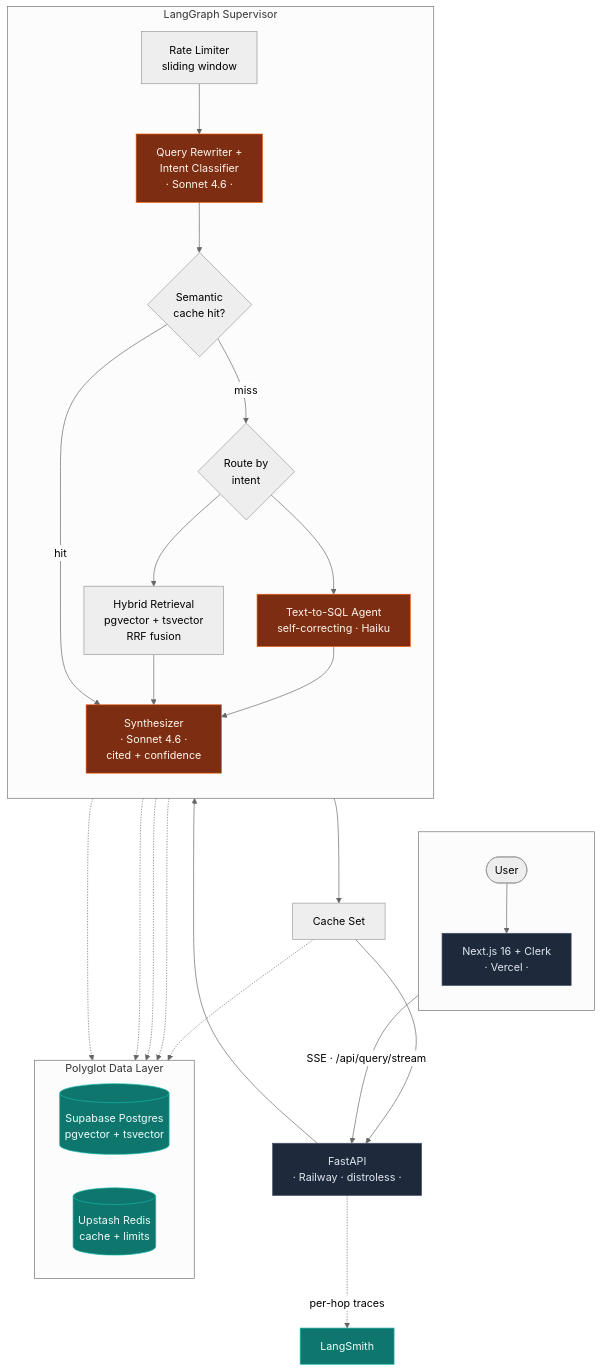
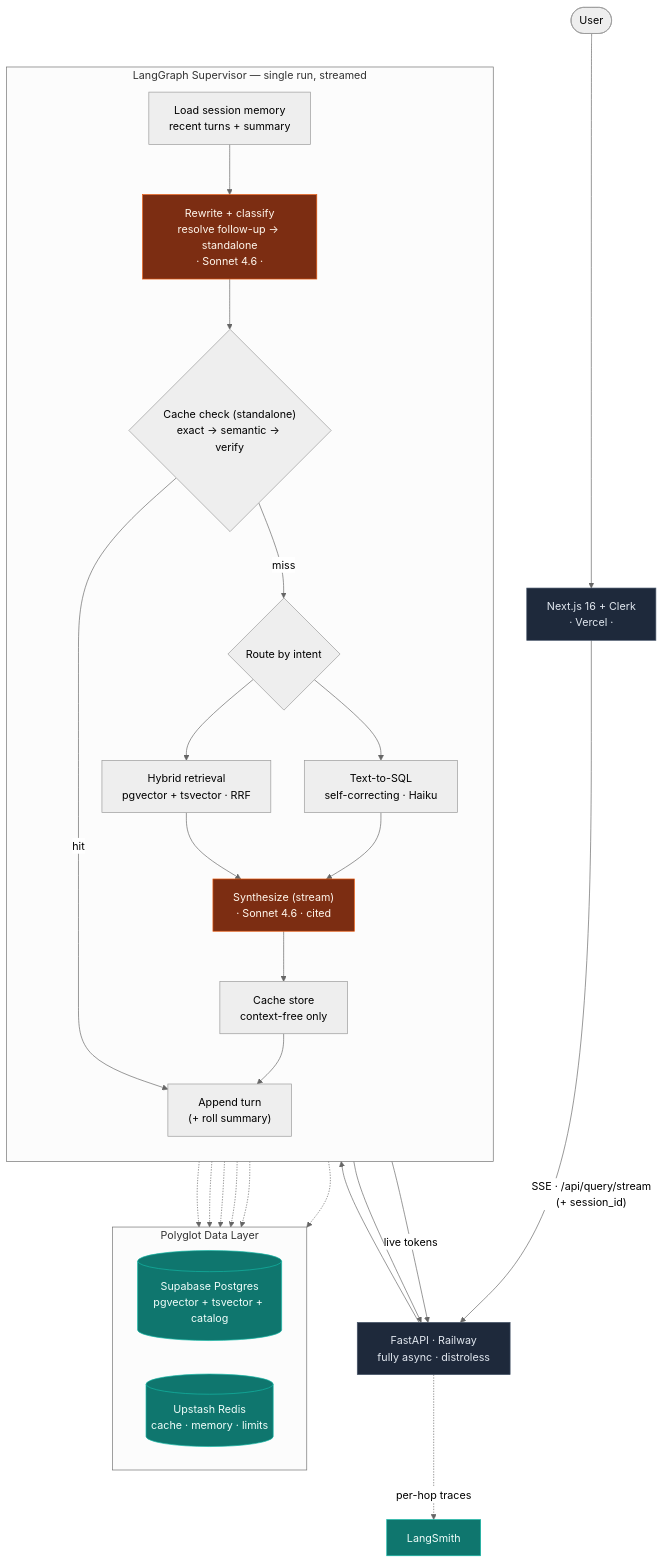
The first of 3 diagrams in README.md (maharanasunil1843/harness-engineering-rag), drawn with Mermaid (neutral theme) before and after one commit. The commit also changed other lines of this file and 4 other files, not shown here.

````diff
--- a/README.md
+++ b/README.md
@@ -67,47 +68,47 @@
 ```mermaid
 flowchart TB
-    subgraph client [" "]
+    U([User]) --> FE["Next.js 16 + Clerk<br/>· Vercel ·"]
+    FE -->|"SSE · /api/query/stream<br/>(+ session_id)"| API["FastAPI · Railway<br/>fully async · distroless"]
+
+    subgraph orch ["LangGraph Supervisor — single run, streamed"]
         direction TB
-        U([User]) --> FE["Next.js 16 + Clerk<br/>· Vercel ·"]
+        MEM["Load session memory<br/>recent turns + summary"]
+        QR["Rewrite + classify<br/>resolve follow-up → standalone<br/>· Sonnet 4.6 ·"]
+        CACHE{"Cache check (standalone)<br/>exact → semantic → verify"}
+        ROUTE{"Route by intent"}
+        HR["Hybrid retrieval<br/>pgvector + tsvector · RRF"]
+        SQL["Text-to-SQL<br/>self-correcting · Haiku"]
+        SYN["Synthesize (stream)<br/>· Sonnet 4.6 · cited"]
+        STORE["Cache store<br/>context-free only"]
+        APP["Append turn<br/>(+ roll summary)"]
     end
 
-    FE -->|"SSE · /api/query/stream"| API["FastAPI<br/>· Railway · distroless ·"]
-
-    subgraph orch ["LangGraph Supervisor"]
-        direction TB
-        RL["Rate Limiter<br/>sliding window"]
-        QR["Query Rewriter +<br/>Intent Classifier<br/>· Sonnet 4.6 ·"]
-        CACHE{"Semantic<br/>cache hit?"}
-        ROUTE{"Route by<br/>intent"}
-        HR["Hybrid Retrieval<br/>pgvector + tsvector<br/>RRF fusion"]
-        SQL["Text-to-SQL Agent<br/>self-correcting · Haiku"]
-        SYN["Synthesizer<br/>· Sonnet 4.6 ·<br/>cited + confidence"]
-    end
-
-    API --> RL --> QR --> CACHE
-    CACHE -->|hit| SYN
+    API --> MEM --> QR --> CACHE
+    CACHE -->|hit| APP
     CACHE -->|miss| ROUTE
     ROUTE --> HR --> SYN
     ROUTE --> SQL --> SYN
-    SYN --> STORE["Cache Set"] --> API
+    SYN -->|"live tokens"| API
+    SYN --> STORE --> APP --> API
 
     subgraph data ["Polyglot Data Layer"]
         direction LR
-        PG[("Supabase Postgres<br/>pgvector + tsvector")]
-        RD[("Upstash Redis<br/>cache + limits")]
+        PG[("Supabase Postgres<br/>pgvector + tsvector + catalog")]
+        RD[("Upstash Redis<br/>cache · memory · limits")]
     end
 
     HR -.-> PG
     SQL -.-> PG
     CACHE -.-> RD
-    RL -.-> RD
+    MEM -.-> RD
     STORE -.-> RD
+    APP -.-> RD
     API -. per-hop traces .-> LS["LangSmith"]
 
     classDef edge fill:#1e293b,stroke:#475569,color:#e2e8f0
     classDef store fill:#0f766e,stroke:#14b8a6,color:#f0fdfa
     classDef llm fill:#7c2d12,stroke:#ea580c,color:#fff7ed
     class FE,API edge
     class PG,RD,LS store
-    class QR,SQL,SYN llm
+    class QR,SYN llm
 ```
````
